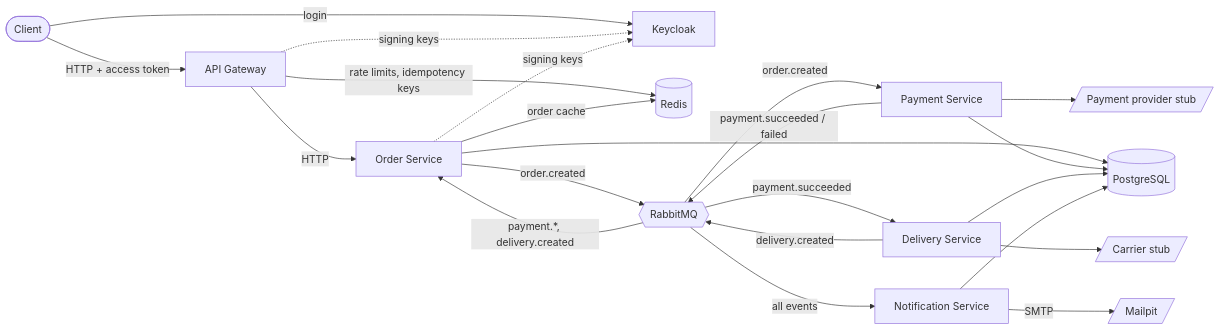
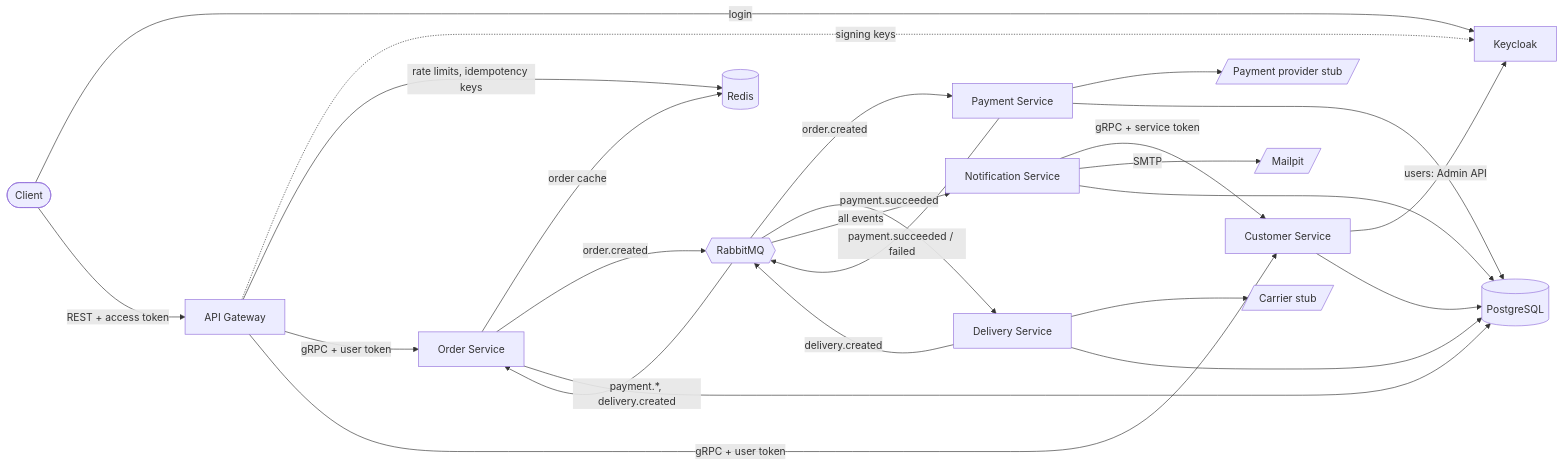
Before and after one commit to elita001/order-microservices: the first of 2 diagrams in README.md, drawn with Mermaid. The commit also changed other lines of this file and 64 other files, not shown here.

````diff
--- a/README.md
+++ b/README.md
@@ -36,24 +41,26 @@
 ```mermaid
 flowchart LR
     client([Client]) -->|login| keycloak[Keycloak]
-    client -->|HTTP + access token| gateway[API Gateway]
+    client -->|REST + access token| gateway[API Gateway]
     gateway -. signing keys .-> keycloak
-    order -. signing keys .-> keycloak
     gateway -->|rate limits, idempotency keys| redis[(Redis)]
-    gateway -->|HTTP| order[Order Service]
+    gateway -->|gRPC + user token| order[Order Service]
+    gateway -->|gRPC + user token| customer[Customer Service]
     order -->|order cache| redis
+    customer -->|users: Admin API| keycloak
+    notification -->|"gRPC + service token"| customer
 
     order -- order.created --> mq{{RabbitMQ}}
     mq -- order.created --> payment[Payment Service]
     payment -- "payment.succeeded / failed" --> mq
     mq -- payment.succeeded --> delivery[Delivery Service]
     delivery -- delivery.created --> mq
     mq -- "payment.*, delivery.created" --> order
     mq -- all events --> notification[Notification Service]
 
     payment --> provider[/Payment provider stub/]
     delivery --> carrier[/Carrier stub/]
     notification -->|SMTP| mailpit[/Mailpit/]
 
-    order & payment & delivery & notification --> pg[(PostgreSQL)]
+    order & customer & payment & delivery & notification --> pg[(PostgreSQL)]
 ```
````
